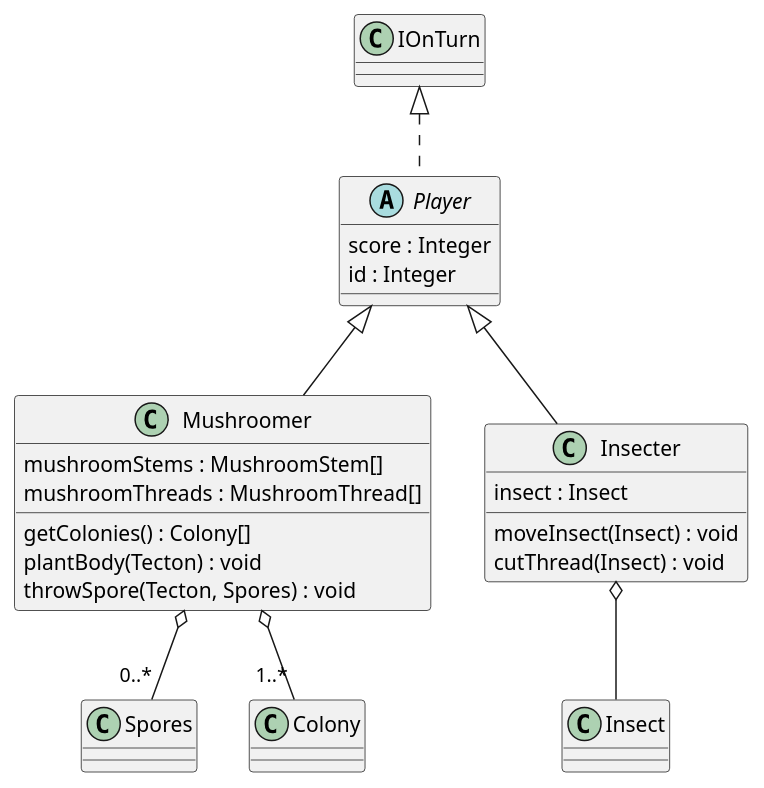
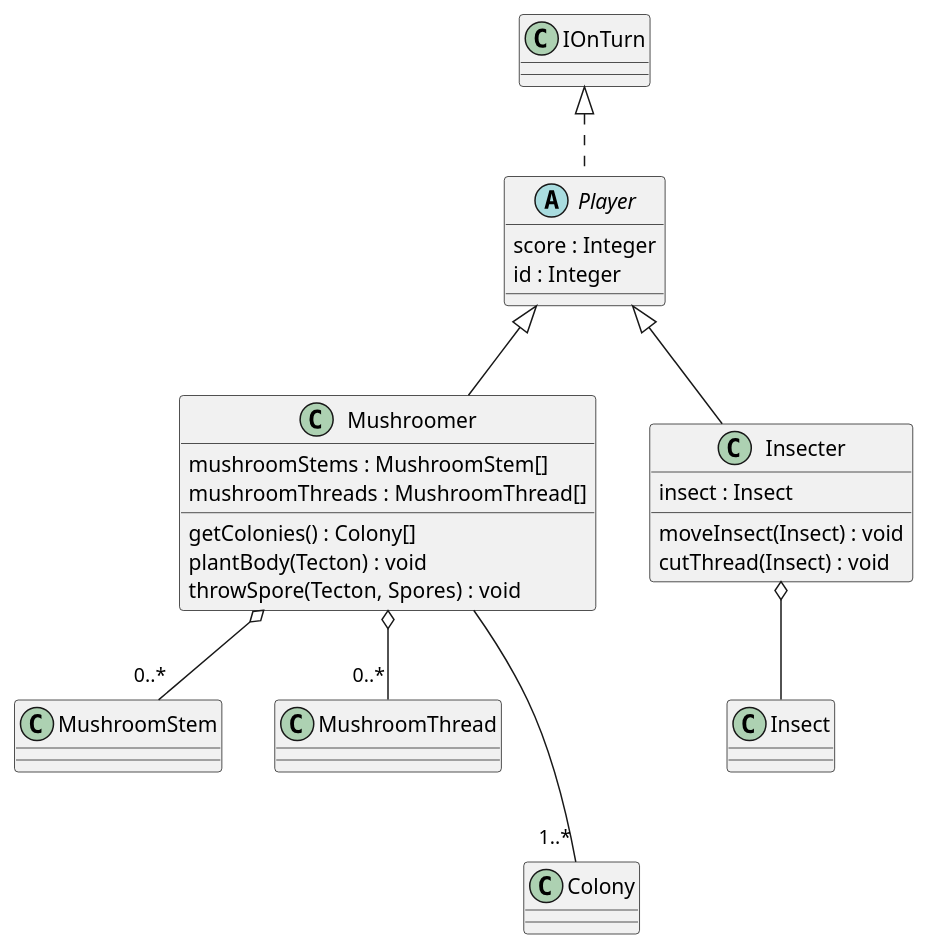
Before and after one commit to Petya-G/fungorium: the diagram in 3/classes/player.puml, drawn with PlantUML.

Commit message:
#mushroomer fix associations

```diff
--- a/3/classes/player.puml
+++ b/3/classes/player.puml
@@ -1,26 +1,27 @@
 @startuml player
 IOnTurn <|.. Player
 abstract class Player{
     score : Integer
     id : Integer
 }
 
 Player <|-- Mushroomer
-Mushroomer o-- "0..*" Spores
-Mushroomer o-- "1..*" Colony
+Mushroomer o-- "0..*" MushroomStem
+Mushroomer o-- "0..*" MushroomThread
+Mushroomer --- "1..*" Colony
 class Mushroomer{
     mushroomStems : MushroomStem[]
     mushroomThreads : MushroomThread[]
     getColonies() : Colony[]
     plantBody(Tecton) : void
     throwSpore(Tecton, Spores) : void
 }
 
 Player <|-- Insecter
 Insecter o-- Insect
 class Insecter{
     insect : Insect
     moveInsect(Insect) : void
     cutThread(Insect) : void
 }
 @enduml
```
